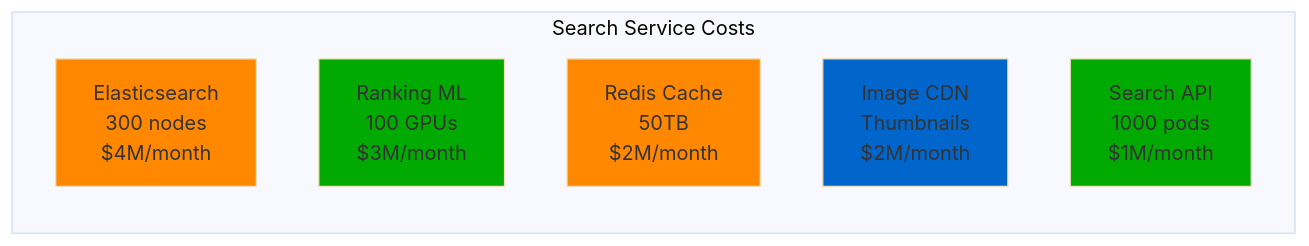
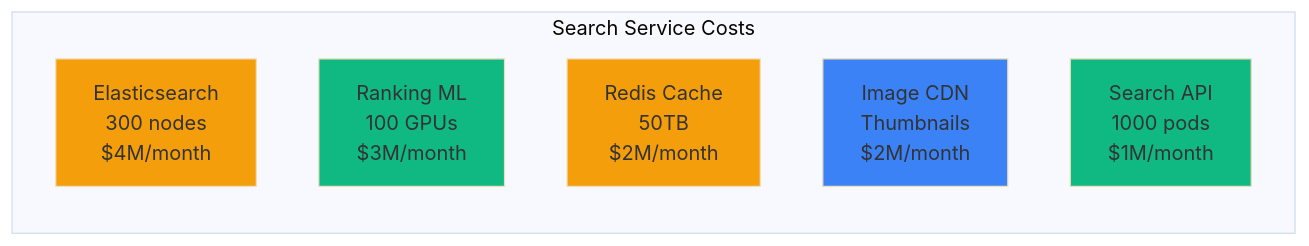
One commit to deepaucksharma/DS changed the second of 5 diagrams in site/docs/costs/airbnb-infrastructure-breakdown.md. Above: the diagram before and after it, drawn with Mermaid (base theme). The commit also changed other lines of this file and 303 other files, not shown here.

````diff
--- a/site/docs/costs/airbnb-infrastructure-breakdown.md
+++ b/site/docs/costs/airbnb-infrastructure-breakdown.md
@@ -57,16 +57,16 @@
 ```mermaid
 graph LR
     subgraph "Search Service Costs"
         ES[Elasticsearch<br/>300 nodes<br/>$4M/month]
         ML1[Ranking ML<br/>100 GPUs<br/>$3M/month]
         CACHE1[Redis Cache<br/>50TB<br/>$2M/month]
         CDN1[Image CDN<br/>Thumbnails<br/>$2M/month]
         API1[Search API<br/>1000 pods<br/>$1M/month]
     end
 
-    style ES fill:#FF8800
-    style ML1 fill:#00AA00
-    style CACHE1 fill:#FF8800
-    style CDN1 fill:#0066CC
-    style API1 fill:#00AA00
+    style ES fill:#F59E0B
+    style ML1 fill:#10B981
+    style CACHE1 fill:#F59E0B
+    style CDN1 fill:#3B82F6
+    style API1 fill:#10B981
 ```
````
